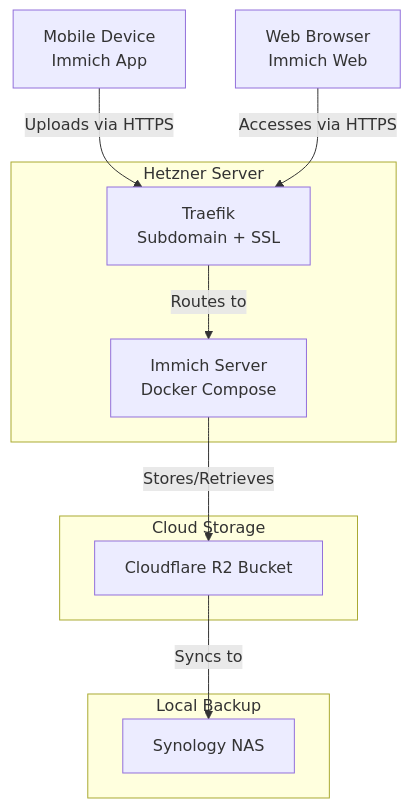
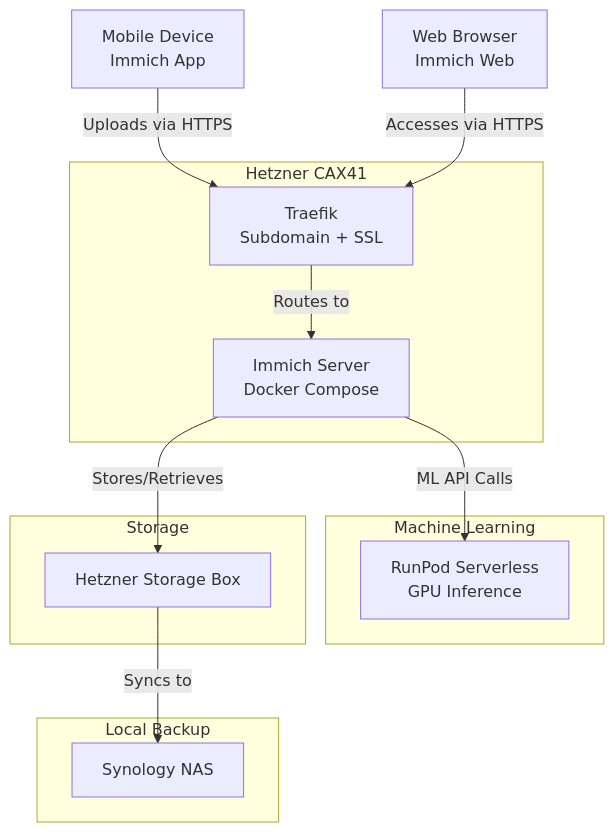
One commit to deepbrainspace/deepbrain-stack changed the diagram in reference/image-server.md. Above: the diagram before and after it, drawn with Mermaid.

Commit message:
feat: add image server diagram

````diff
--- a/reference/image-server.md
+++ b/reference/image-server.md
@@ -1,21 +1,26 @@
 ```mermaid
 graph TD
-    A[Mobile Device<br>Immich App] -->|Uploads via HTTPS| B[Hetzner Server<br>Traefik]
+    A[Mobile Device<br>Immich App] -->|Uploads via HTTPS| B[CAX41<br>Traefik]
     C[Web Browser<br>Immich Web] -->|Accesses via HTTPS| B
     B -->|Routes to| D[Immich Server<br>Docker Compose]
-    D -->|Stores/Retrieves| E[Cloudflare R2 Bucket<br>Mounted via S3 API]
-    E -->|Syncs to| F[Synology NAS<br>Local Backup]
+    D -->|Stores/Retrieves| E[Hetzner Storage Box<br>Mounted via SSHFS]
+    D -->|ML API Calls| F[RunPod Serverless<br>GPU Inference]
+    E -->|Syncs to| G[Synology NAS<br>Local Backup]
     
-    subgraph Hetzner Server
+    subgraph Hetzner CAX41
         B[Traefik<br>Subdomain + SSL]
         D[Immich Server<br>Docker Compose]
     end
     
-    subgraph Cloud Storage
-        E[Cloudflare R2 Bucket]
+    subgraph Machine Learning
+        F[RunPod Serverless<br>GPU Inference]
+    end
+    
+    subgraph Storage
+        E[Hetzner Storage Box]
     end
     
     subgraph Local Backup
-        F[Synology NAS]
+        G[Synology NAS]
     end
 ```
````
